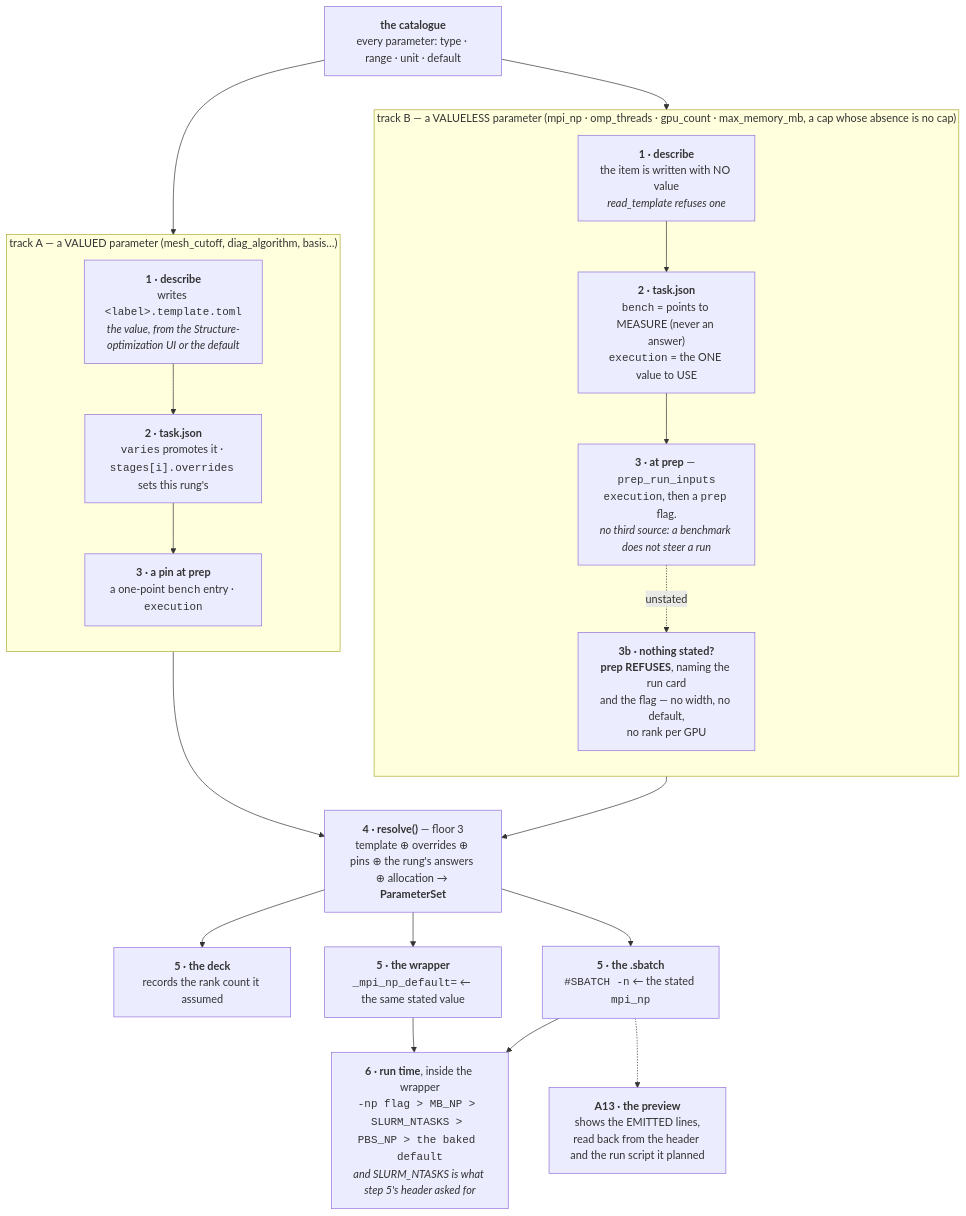
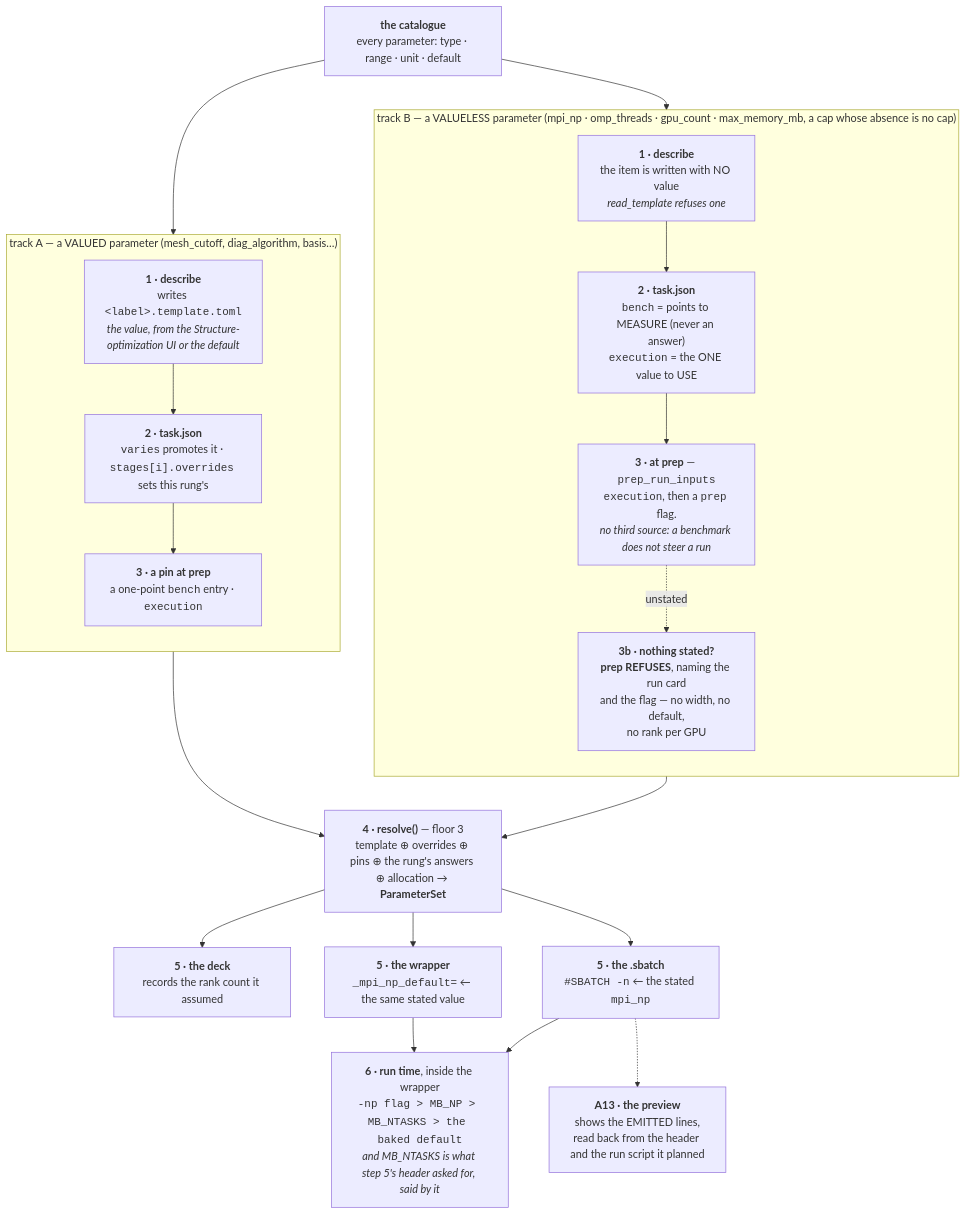
One commit to Qing-LAB/molbuilder changed the sixth of 10 diagrams in docs/execution/architecture.md. Above: the diagram before and after it, drawn with Mermaid. The commit also changed other lines of this file and 72 other files, not shown here.

````diff
--- a/docs/execution/architecture.md
+++ b/docs/execution/architecture.md
@@ -668,40 +668,40 @@
 ```mermaid
 flowchart TB
     CAT["<b>the catalogue</b><br/>every parameter: type · range · unit · default"]
 
     subgraph VAL["track A — a VALUED parameter (mesh_cutoff, diag_algorithm, basis…)"]
         direction TB
         A1["<b>1 · describe</b><br/>writes <code>&lt;label&gt;.template.toml</code><br/><i>the value, from the Structure-optimization UI or the default</i>"]
         A2["<b>2 · task.json</b><br/><code>varies</code> promotes it · <code>stages[i].overrides</code> sets this rung's"]
         A3["<b>3 · a pin at prep</b><br/>a one-point <code>bench</code> entry · <code>execution</code>"]
         A1 --> A2 --> A3
     end
 
     subgraph MACH["track B — a VALUELESS parameter (mpi_np · omp_threads · gpu_count · max_memory_mb, a cap whose absence is no cap)"]
         direction TB
         B1["<b>1 · describe</b><br/>the item is written with NO value<br/><i>read_template refuses one</i>"]
         B2["<b>2 · task.json</b><br/><code>bench</code> = points to MEASURE (never an answer)<br/><code>execution</code> = the ONE value to USE"]
         B3["<b>3 · at prep</b> — <code>prep_run_inputs</code><br/><code>execution</code>, then a <code>prep</code> flag.<br/><i>no third source: a benchmark does not steer a run</i>"]
         B4["<b>3b · nothing stated?</b><br/><b>prep REFUSES</b>, naming the run card<br/>and the flag — no width, no default,<br/>no rank per GPU"]
         B1 --> B2 --> B3
         B3 -.->|"unstated"| B4
     end
 
     RES["<b>4 · resolve()</b> — floor 3<br/>template ⊕ overrides ⊕ pins ⊕ the rung's answers ⊕ allocation → <b>ParameterSet</b>"]
     DECK["<b>5 · the deck</b><br/>records the rank count it assumed"]
     SB["<b>5 · the .sbatch</b><br/><code>#SBATCH -n</code> ← the stated <code>mpi_np</code>"]
     WRAP["<b>5 · the wrapper</b><br/><code>_mpi_np_default=</code> ← the same stated value"]
-    RUN["<b>6 · run time</b>, inside the wrapper<br/><code>-np flag &gt; MB_NP &gt; SLURM_NTASKS &gt; PBS_NP &gt; the baked default</code><br/><i>and SLURM_NTASKS is what step 5's header asked for</i>"]
+    RUN["<b>6 · run time</b>, inside the wrapper<br/><code>-np flag &gt; MB_NP &gt; MB_NTASKS &gt; the baked default</code><br/><i>and MB_NTASKS is what step 5's header asked for, said by it</i>"]
     CARD["<b>A13 · the preview</b><br/>shows the EMITTED lines,<br/>read back from the header and the run script it planned"]
 
     CAT --> A1
     CAT --> B1
     A3 --> RES
     B3 --> RES
     RES --> DECK
     RES --> SB
     RES --> WRAP
     SB --> RUN
     WRAP --> RUN
     SB -.-> CARD
 ```
````
